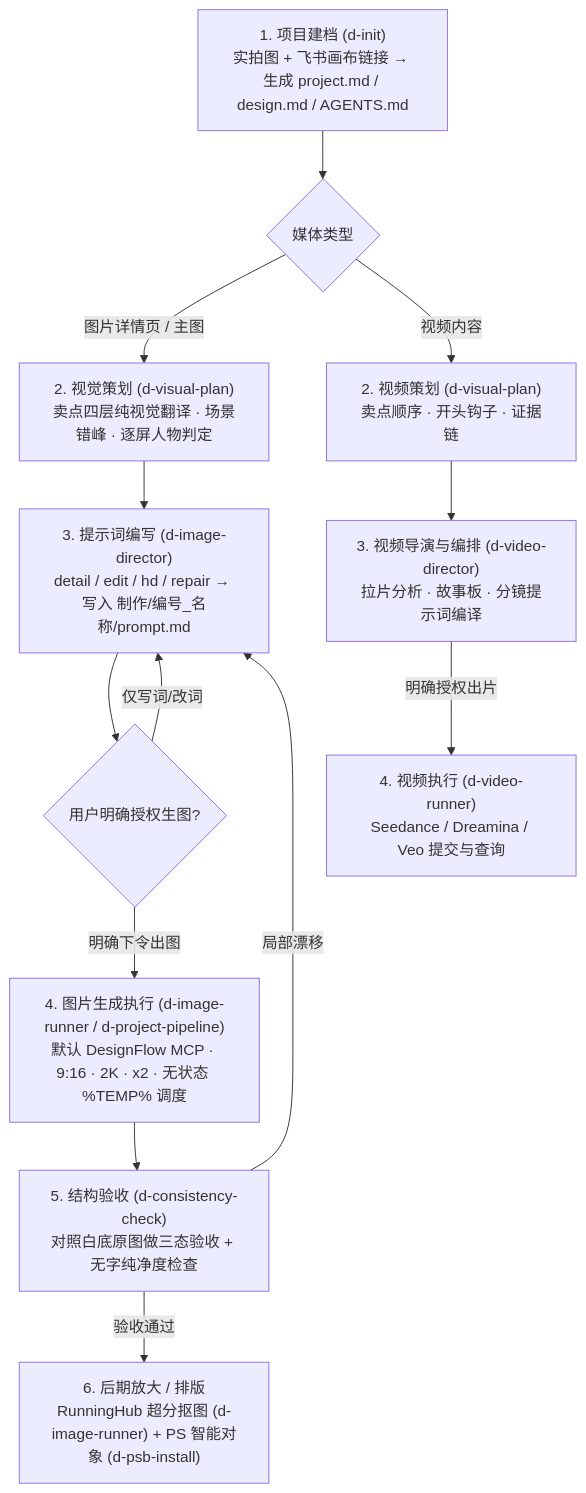
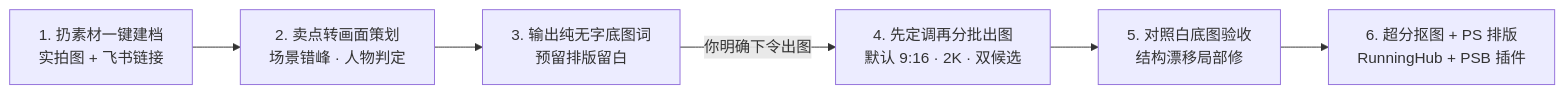
One commit to Hill2048/dumik-design-plugins changed the diagram in README.md. Above: the diagram before and after it, drawn with Mermaid. The commit also changed other lines of this file, not shown here.

````diff
--- a/README.md
+++ b/README.md
@@ -15,17 +17,8 @@
 ```mermaid
-flowchart TD
-    A["1. 项目建档 (d-init)<br/>实拍图 + 飞书画布链接 → 生成 project.md / design.md / AGENTS.md"] --> B{"媒体类型"}
-
-    B -->|图片详情页 / 主图| C["2. 视觉策划 (d-visual-plan)<br/>卖点四层纯视觉翻译 · 场景错峰 · 逐屏人物判定"]
-    C --> D["3. 提示词编写 (d-image-director)<br/>detail / edit / hd / repair → 写入 制作/编号_名称/prompt.md"]
-    D --> E{"用户明确授权生图?"}
-    E -->|仅写词/改词| D
-    E -->|明确下令出图| F["4. 图片生成执行 (d-image-runner / d-project-pipeline)<br/>默认 DesignFlow MCP · 9:16 · 2K · x2 · 无状态 %TEMP% 调度"]
-    F --> G["5. 结构验收 (d-consistency-check)<br/>对照白底原图做三态验收 + 无字纯净度检查"]
-    G -->|局部漂移| D
-    G -->|验收通过| H["6. 后期放大 / 排版<br/>RunningHub 超分抠图 (d-image-runner) + PS 智能对象 (d-psb-install)"]
-
-    B -->|视频内容| V1["2. 视频策划 (d-visual-plan)<br/>卖点顺序 · 开头钩子 · 证据链"]
-    V1 --> V2["3. 视频导演与编排 (d-video-director)<br/>拉片分析 · 故事板 · 分镜提示词编译"]
-    V2 -->|明确授权出片| V3["4. 视频执行 (d-video-runner)<br/>Seedance / Dreamina / Veo 提交与查询"]
+flowchart LR
+    A["1. 扔素材一键建档<br/>实拍图 + 飞书链接"] --> B["2. 卖点转画面策划<br/>场景错峰 · 人物判定"]
+    B --> C["3. 输出纯无字底图词<br/>预留排版留白"]
+    C -->|"你明确下令出图"| D["4. 先定调再分批出图<br/>默认 9:16 · 2K · 双候选"]
+    D --> E["5. 对照白底图验收<br/>结构漂移局部修"]
+    E --> F["6. 超分抠图 + PS 排版<br/>RunningHub + PSB 插件"]
 ```
````
